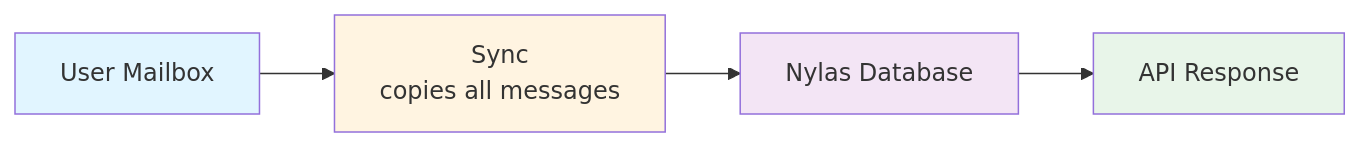
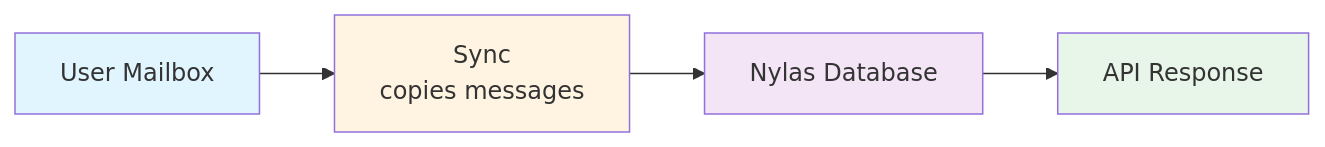
The first of 2 diagrams in docs/comparison/emailengine-vs-nylas.md (postalsys/learn.emailengine.app), drawn with Mermaid before and after one commit. The commit also changed other lines of this file and 18 other files, not shown here.

````diff
--- a/docs/comparison/emailengine-vs-nylas.md
+++ b/docs/comparison/emailengine-vs-nylas.md
@@ -76,16 +78,16 @@
 ```mermaid
 graph LR
     Mailbox[User Mailbox]
-    Sync[Sync<br/>copies all messages]
+    Sync[Sync<br/>copies messages]
     Database[Nylas Database]
     API[API Response]
 
     Mailbox --> Sync
     Sync --> Database
     Database --> API
 
     style Mailbox fill:#e1f5ff
     style Sync fill:#fff4e1
     style Database fill:#f3e5f5
     style API fill:#e8f5e9
 ```
````
